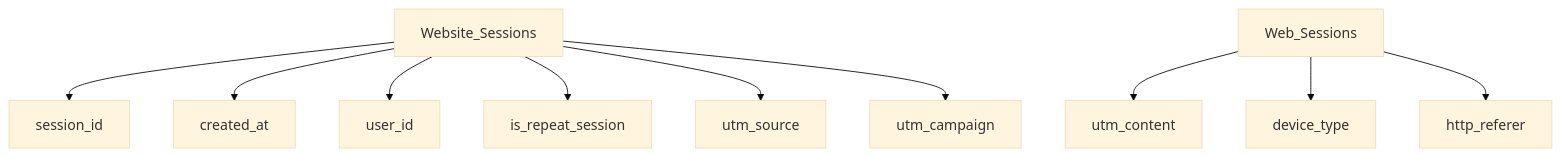
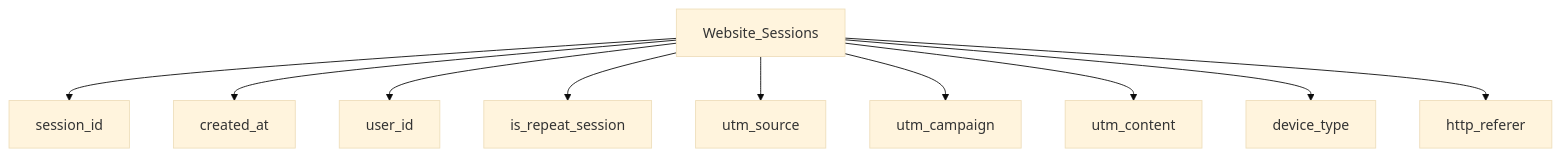
One commit to walidmedani/SQL-Web_Analytics changed the first of 2 diagrams in README.md. Above: the diagram before and after it, drawn with Mermaid (base theme).

````diff
--- a/README.md
+++ b/README.md
@@ -15,12 +15,12 @@
 ```mermaid
 graph TD;
     Website_Sessions-->session_id;
     Website_Sessions-->created_at;
     Website_Sessions-->user_id;
     Website_Sessions-->is_repeat_session;
     Website_Sessions-->utm_source;
     Website_Sessions-->utm_campaign;
-    Web_Sessions-->utm_content;
-    Web_Sessions-->device_type;
-    Web_Sessions-->http_referer;
+    Website_Sessions-->utm_content;
+    Website_Sessions-->device_type;
+    Website_Sessions-->http_referer;
 ```
````
